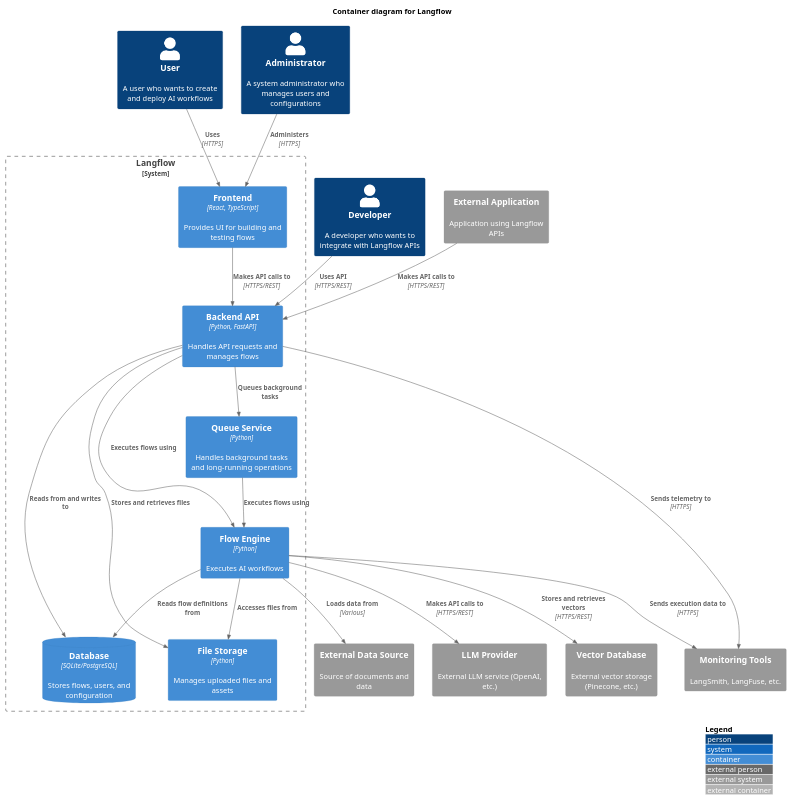
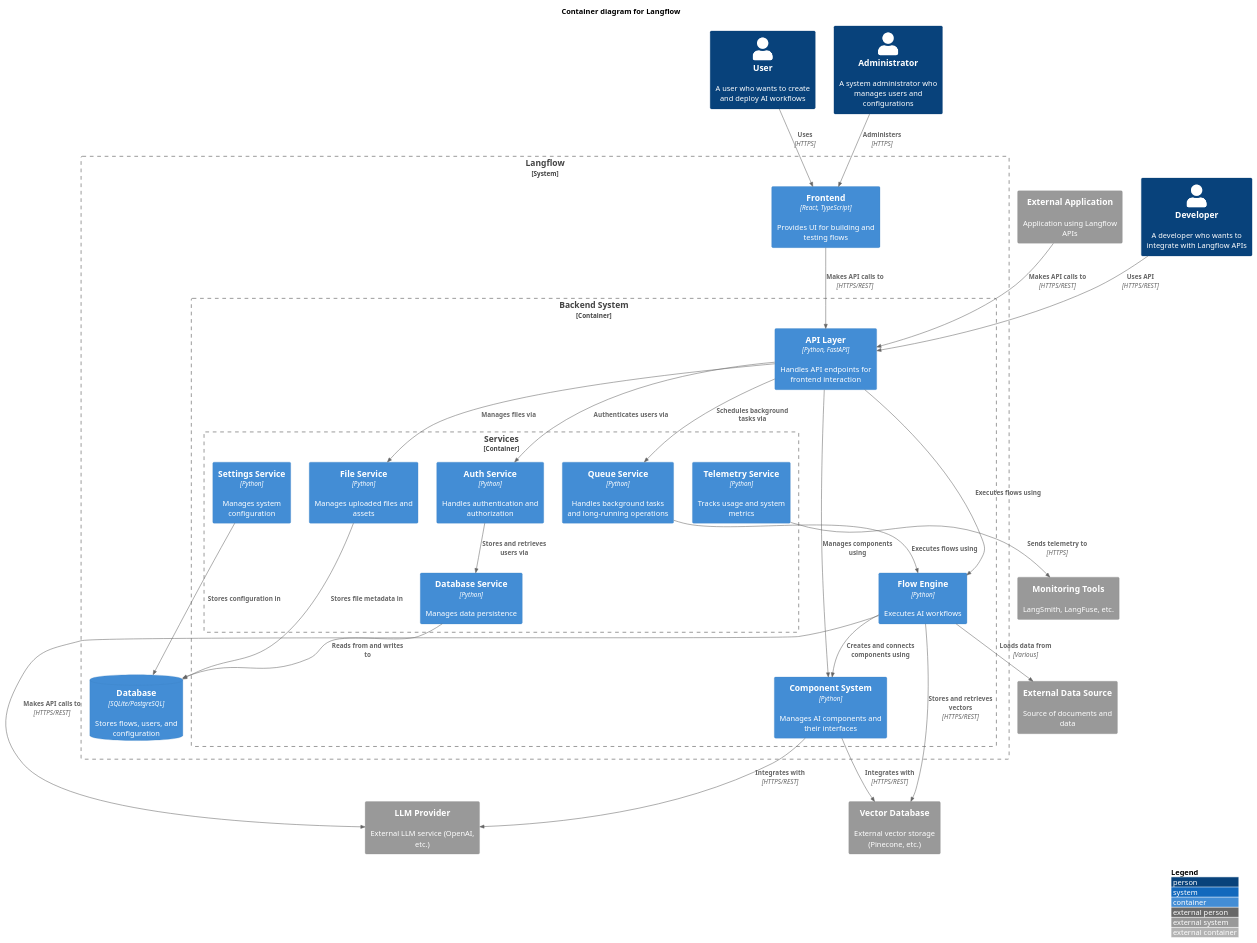
Before and after one commit to michaelnguyen11/langflow_docs: the diagram in diagrams/c4/c4_container_diagram.puml, drawn with PlantUML. The commit also changed 67 other files, not shown here.

```diff
--- a/diagrams/c4/c4_container_diagram.puml
+++ b/diagrams/c4/c4_container_diagram.puml
@@ -1,47 +1,67 @@
 @startuml C4_Container
 !include https://raw.githubusercontent.com/plantuml-stdlib/C4-PlantUML/master/C4_Container.puml
 
 LAYOUT_WITH_LEGEND()
 
 title Container diagram for Langflow
 
 Person(user, "User", "A user who wants to create and deploy AI workflows")
 Person(admin, "Administrator", "A system administrator who manages users and configurations")
 Person(developer, "Developer", "A developer who wants to integrate with Langflow APIs")
 
 System_Boundary(langflow_system, "Langflow") {
     Container(web_app, "Frontend", "React, TypeScript", "Provides UI for building and testing flows")
-    Container(api_server, "Backend API", "Python, FastAPI", "Handles API requests and manages flows")
-    Container(flow_engine, "Flow Engine", "Python", "Executes AI workflows")
+    
+    Container_Boundary(backend, "Backend System") {
+        Container(api_server, "API Layer", "Python, FastAPI", "Handles API endpoints for frontend interaction")
+        Container(component_system, "Component System", "Python", "Manages AI components and their interfaces")
+        Container(flow_engine, "Flow Engine", "Python", "Executes AI workflows")
+        
+        Container_Boundary(services, "Services") {
+            Container(settings_service, "Settings Service", "Python", "Manages system configuration")
+            Container(auth_service, "Auth Service", "Python", "Handles authentication and authorization")
+            Container(database_service, "Database Service", "Python", "Manages data persistence")
+            Container(queue_service, "Queue Service", "Python", "Handles background tasks and long-running operations")
+            Container(telemetry_service, "Telemetry Service", "Python", "Tracks usage and system metrics")
+            Container(file_service, "File Service", "Python", "Manages uploaded files and assets")
+        }
+    }
+    
     ContainerDb(database, "Database", "SQLite/PostgreSQL", "Stores flows, users, and configuration")
-    Container(file_storage, "File Storage", "Python", "Manages uploaded files and assets")
-    Container(queue_service, "Queue Service", "Python", "Handles background tasks and long-running operations")
 }
 
 System_Ext(llm_provider, "LLM Provider", "External LLM service (OpenAI, etc.)")
 System_Ext(vector_db, "Vector Database", "External vector storage (Pinecone, etc.)")
 System_Ext(data_source, "External Data Source", "Source of documents and data")
 System_Ext(monitoring, "Monitoring Tools", "LangSmith, LangFuse, etc.")
 System_Ext(external_app, "External Application", "Application using Langflow APIs")
 
 Rel(user, web_app, "Uses", "HTTPS")
 Rel(admin, web_app, "Administers", "HTTPS")
 Rel(developer, api_server, "Uses API", "HTTPS/REST")
 Rel(external_app, api_server, "Makes API calls to", "HTTPS/REST")
 
 Rel(web_app, api_server, "Makes API calls to", "HTTPS/REST")
 Rel(api_server, flow_engine, "Executes flows using")
-Rel(api_server, database, "Reads from and writes to")
-Rel(api_server, file_storage, "Stores and retrieves files")
-Rel(api_server, queue_service, "Queues background tasks")
-Rel(flow_engine, database, "Reads flow definitions from")
-Rel(flow_engine, file_storage, "Accesses files from")
+Rel(api_server, component_system, "Manages components using")
+Rel(flow_engine, component_system, "Creates and connects components using")
+
+Rel(api_server, auth_service, "Authenticates users via")
+Rel(api_server, file_service, "Manages files via")
+Rel(api_server, queue_service, "Schedules background tasks via")
+
+Rel(auth_service, database_service, "Stores and retrieves users via")
+Rel(database_service, database, "Reads from and writes to")
+Rel(file_service, database, "Stores file metadata in")
+Rel(settings_service, database, "Stores configuration in")
+
 Rel(queue_service, flow_engine, "Executes flows using")
+Rel(telemetry_service, monitoring, "Sends telemetry to", "HTTPS")
 
 Rel(flow_engine, llm_provider, "Makes API calls to", "HTTPS/REST")
 Rel(flow_engine, vector_db, "Stores and retrieves vectors", "HTTPS/REST")
 Rel(flow_engine, data_source, "Loads data from", "Various")
-Rel(api_server, monitoring, "Sends telemetry to", "HTTPS")
-Rel(flow_engine, monitoring, "Sends execution data to", "HTTPS")
+Rel(component_system, llm_provider, "Integrates with", "HTTPS/REST")
+Rel(component_system, vector_db, "Integrates with", "HTTPS/REST")
 
 @enduml
```
